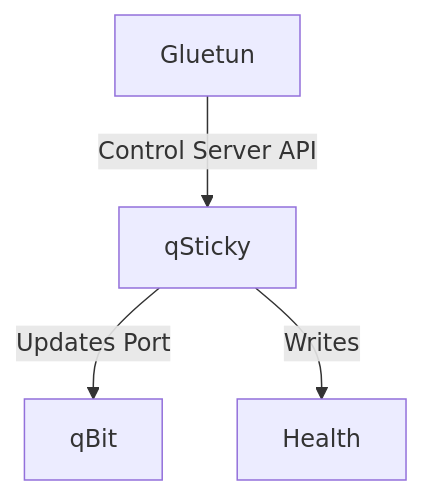
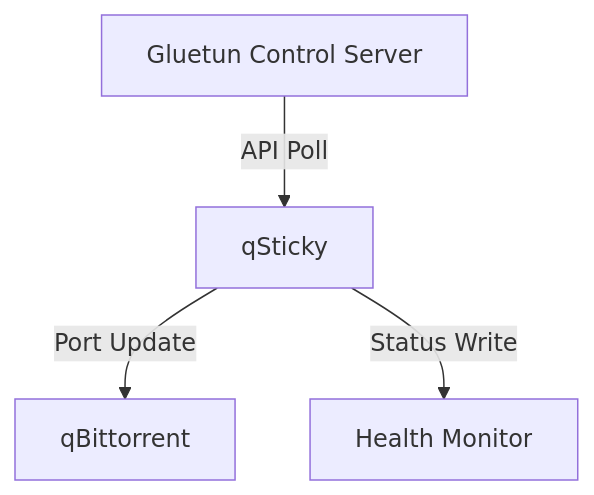
The diagram in README.md (monstermuffin/qSticky), drawn with Mermaid before and after one commit. The commit also changed other lines of this file, not shown here.

````diff
--- a/README.md
+++ b/README.md
@@ -44,6 +45,6 @@
 ```mermaid
 graph TD;
-    Gluetun-->|Control Server API|qSticky;
-    qSticky-->|Updates Port|qBit;
-    qSticky-->|Writes|Health;
+    A[Gluetun Control Server] -->|API Poll| B[qSticky];
+    B -->|Port Update| C[qBittorrent];
+    B -->|Status Write| D[Health Monitor];
 ```
````
